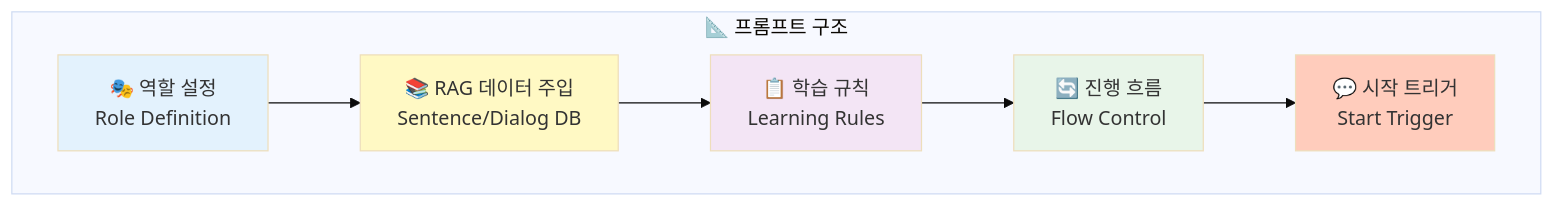
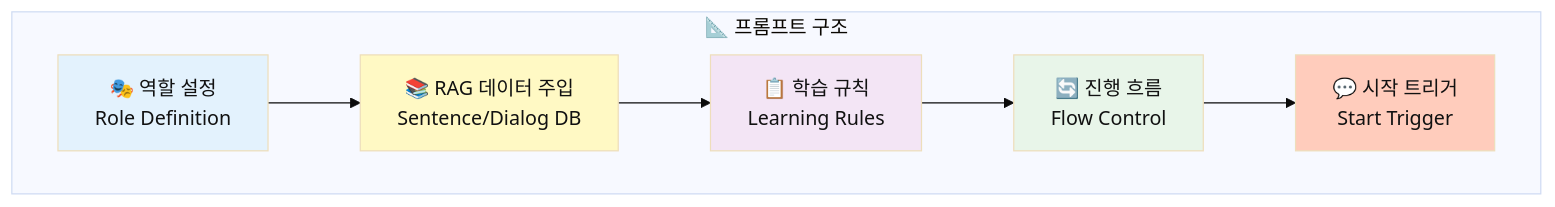
One commit to Collegenie-X/AI-English changed the fourth of 6 diagrams in 영어_일상_회화/화상-영어-전체-구성도.md. Above: the diagram before and after it, drawn with Mermaid (base theme). The commit also changed other lines of this file and 26 other files, not shown here.

````diff
--- a/영어_일상_회화/화상-영어-전체-구성도.md
+++ b/영어_일상_회화/화상-영어-전체-구성도.md
@@ -212,18 +212,18 @@
 ```mermaid
 flowchart TB
     subgraph STRUCTURE["📐 프롬프트 구조"]
         A["🎭 역할 설정<br/>Role Definition"]
         B["📚 RAG 데이터 주입<br/>Sentence/Dialog DB"]
         C["📋 학습 규칙<br/>Learning Rules"]
         D["🔄 진행 흐름<br/>Flow Control"]
         E["💬 시작 트리거<br/>Start Trigger"]
     end
     
     A --> B --> C --> D --> E
     
-    style A fill:#e3f2fd
-    style B fill:#fff9c4
-    style C fill:#f3e5f5
-    style D fill:#e8f5e9
-    style E fill:#ffccbc
+    style A fill:#e3f2fd,color:#111
+    style B fill:#fff9c4,color:#111
+    style C fill:#f3e5f5,color:#111
+    style D fill:#e8f5e9,color:#111
+    style E fill:#ffccbc,color:#111
 ```
````
